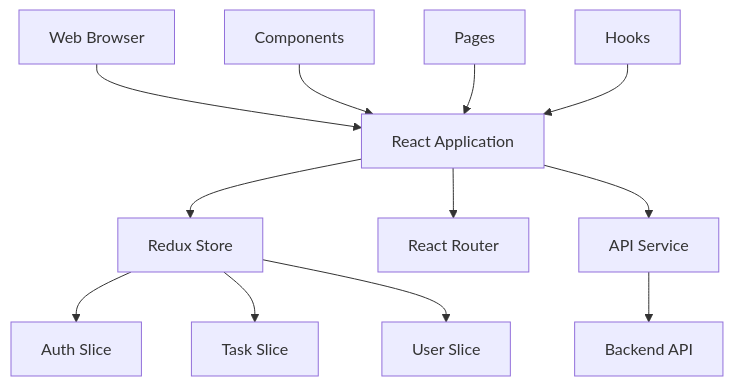
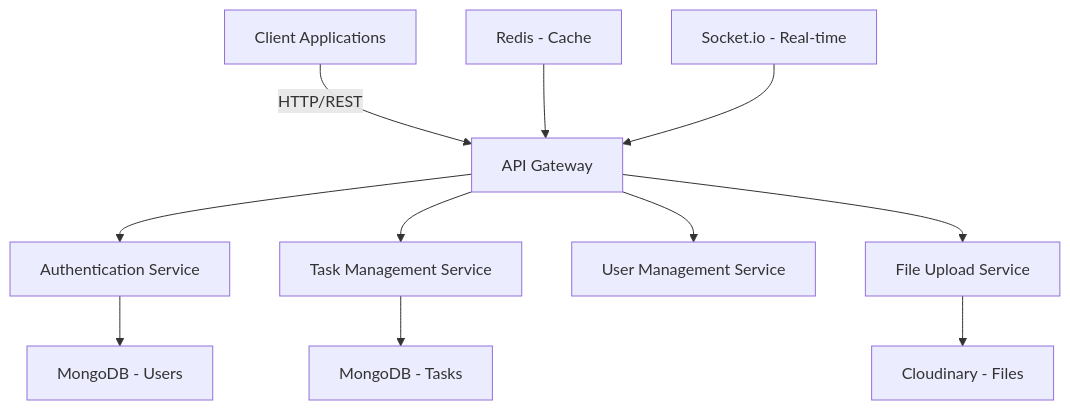
The diagram in README.md (gityash2024/MIRSAT-BACKEND), drawn with Mermaid before and after one commit. The commit also changed other lines of this file, not shown here.

````diff
--- a/README.md
+++ b/README.md
@@ -9,17 +9,15 @@
 ```mermaid
 graph TD
-    A[Web Browser] --> B[React Application]
-    B --> C[Redux Store]
-    B --> D[React Router]
+    A[Client Applications] -->|HTTP/REST| B[API Gateway]
+    B --> C[Authentication Service]
+    B --> D[Task Management Service]
+    B --> E[User Management Service]
+    B --> F[File Upload Service]
     
-    C --> E[Auth Slice]
-    C --> F[Task Slice]
-    C --> G[User Slice]
+    C --> G[MongoDB - Users]
+    D --> H[MongoDB - Tasks]
+    F --> I[Cloudinary - Files]
     
-    B --> H[API Service]
-    H --> I[Backend API]
-    
-    J[Components] --> B
-    K[Pages] --> B
-    L[Hooks] --> B
+    J[Redis - Cache] --> B
+    K[Socket.io - Real-time] --> B
 ```
````
